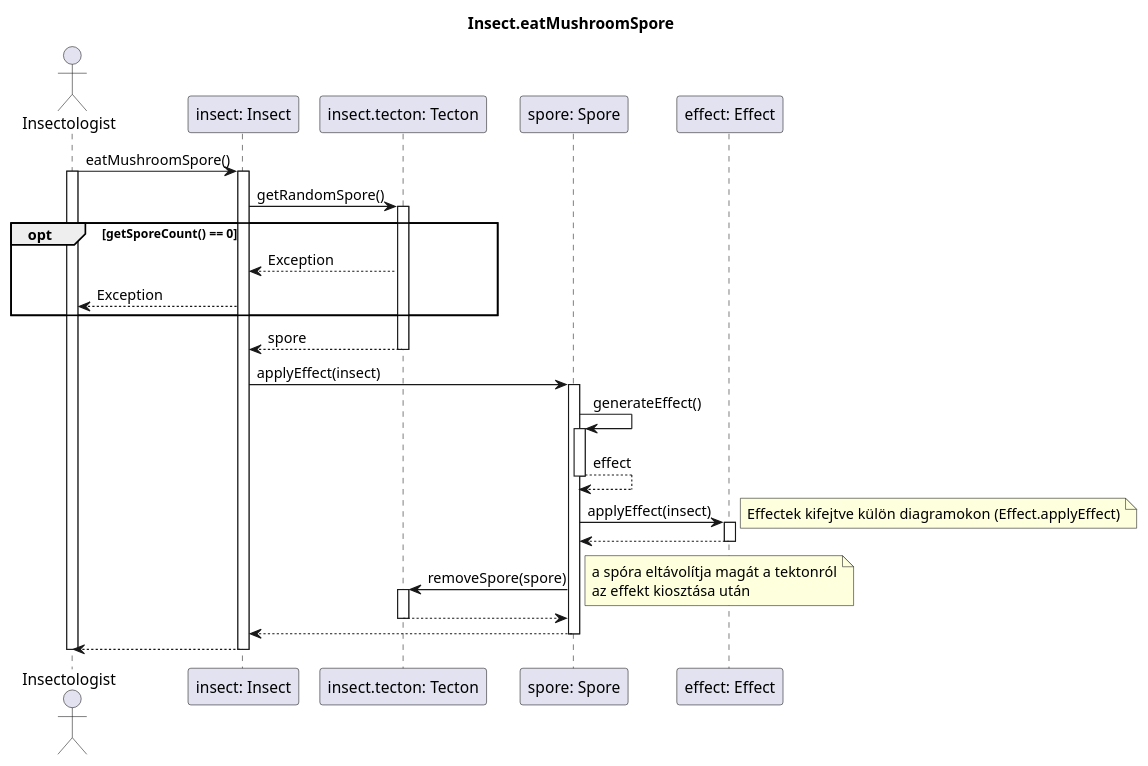
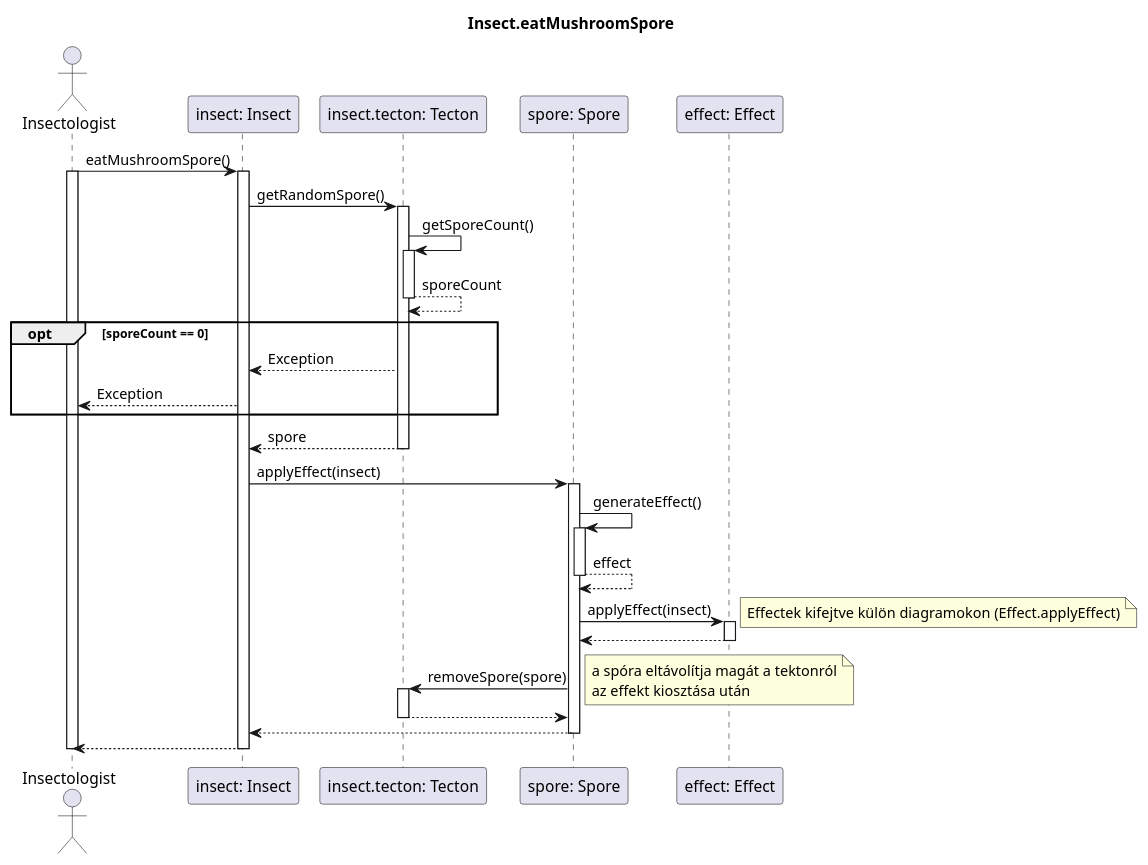
Before and after one commit to dzsem/projlab: the diagram in diagrams/sequence/use_cases/eatMushroomSpore.plantuml, drawn with PlantUML. The commit also changed 1 other file, not shown here.

Commit message:
Update EatMushroomSpore test and normal seq. diagram

```diff
--- a/diagrams/sequence/use_cases/eatMushroomSpore.plantuml
+++ b/diagrams/sequence/use_cases/eatMushroomSpore.plantuml
@@ -1,55 +1,61 @@
 @startuml SporeEating
 title Insect.eatMushroomSpore
 
 actor "Insectologist" as insectologist  
 participant "insect: Insect" as insect
 participant "insect.tecton: Tecton" as tecton
 participant "spore: Spore" as spore
 participant "effect: Effect" as effect
 
 insectologist -> insect: eatMushroomSpore()
 activate insectologist
 activate insect
 
 	insect -> tecton: getRandomSpore()
 	activate tecton
 
-	opt getSporeCount() == 0
+	tecton -> tecton: getSporeCount()
+	activate tecton
+
+	tecton --> tecton: sporeCount
+	deactivate tecton
+
+	opt sporeCount == 0
 		insect <-- tecton: Exception
 		insectologist <-- insect: Exception
 	end
 
 	insect <-- tecton: spore
 	deactivate tecton
 		
 	insect->spore : applyEffect(insect)
 	activate spore
 
 		spore->spore : generateEffect()
 		activate spore
 
 		spore-->spore: effect
 		deactivate spore
 
 		spore -> effect : applyEffect(insect)
 		activate effect
 		note right: Effectek kifejtve külön diagramokon (Effect.applyEffect)
 
 		spore <-- effect
 		deactivate effect
 
 		spore -> tecton: removeSpore(spore)
 		note right: a spóra eltávolítja magát a tektonról\naz effekt kiosztása után
 		activate tecton
 
 		spore <-- tecton
 		deactivate tecton
 
 	insect <-- spore
 	deactivate spore
 
 insectologist <-- insect
 deactivate insect
 deactivate insectologist
 
 @enduml
```
